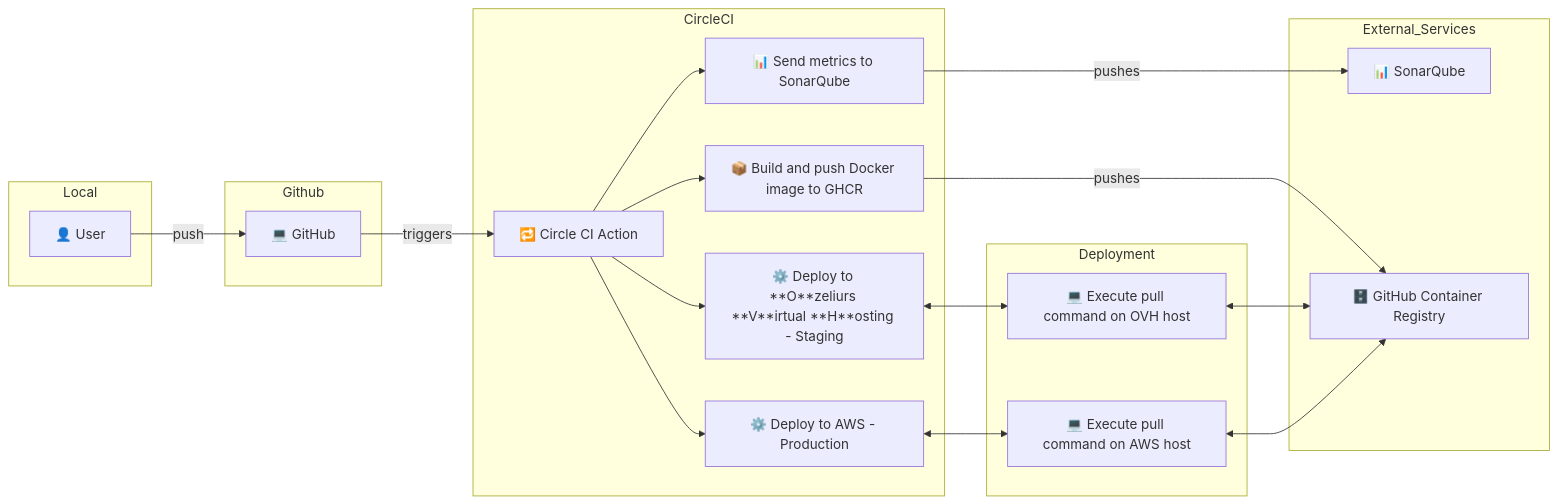
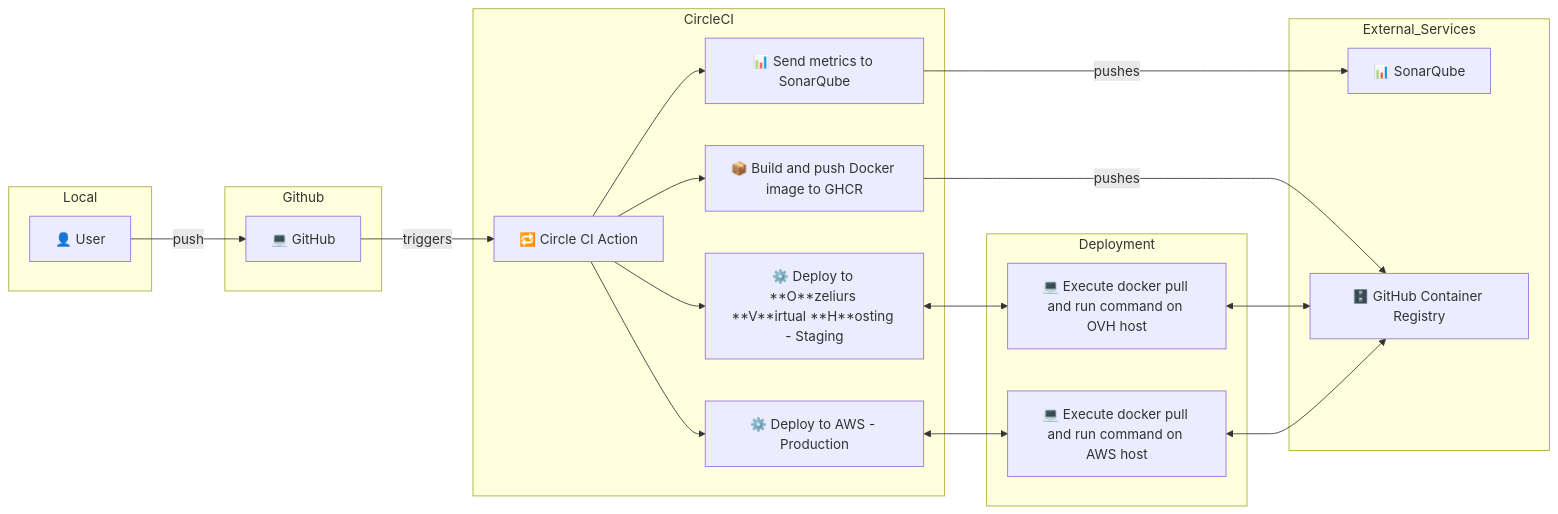
The second of 2 diagrams in docs/REPORT.md (StartUpNationLabs/php-sec-ci), drawn with Mermaid before and after one commit.

Commit message:
docs: update deployment flowchart to reflect docker pull and run commands on OVH and AWS hosts

````diff
--- a/docs/REPORT.md
+++ b/docs/REPORT.md
@@ -211,35 +211,35 @@
 ```mermaid
 flowchart LR
     subgraph Local
         U[👤 User]
     end
 
     U -- push --> G
 
     subgraph Github
         G[💻 GitHub]
     end
 
     G -- triggers --> P[🔁 Circle CI Action]
 
     subgraph CircleCI
         P --> M[📊 Send metrics to SonarQube]
         P --> I[📦 Build and push Docker image to GHCR]
         P --> OVH[⚙️ Deploy to **O**zeliurs **V**irtual **H**osting - Staging]
         P --> AWS[⚙️ Deploy to AWS - Production]
     end
 
     subgraph External_Services
         M -- pushes --> SQ[📊 SonarQube]
         I -- pushes --> GHCR[🗄️ GitHub Container Registry]
     end
 
     subgraph Deployment
-        C1[💻 Execute pull command on OVH host]
-        C2[💻 Execute pull command on AWS host]
+        C1[💻 Execute docker pull and run command on OVH host]
+        C2[💻 Execute docker pull and run command on AWS host]
         OVH <--> C1
         AWS <--> C2
         C1 <--> GHCR
         C2 <--> GHCR
     end
 ```
````
